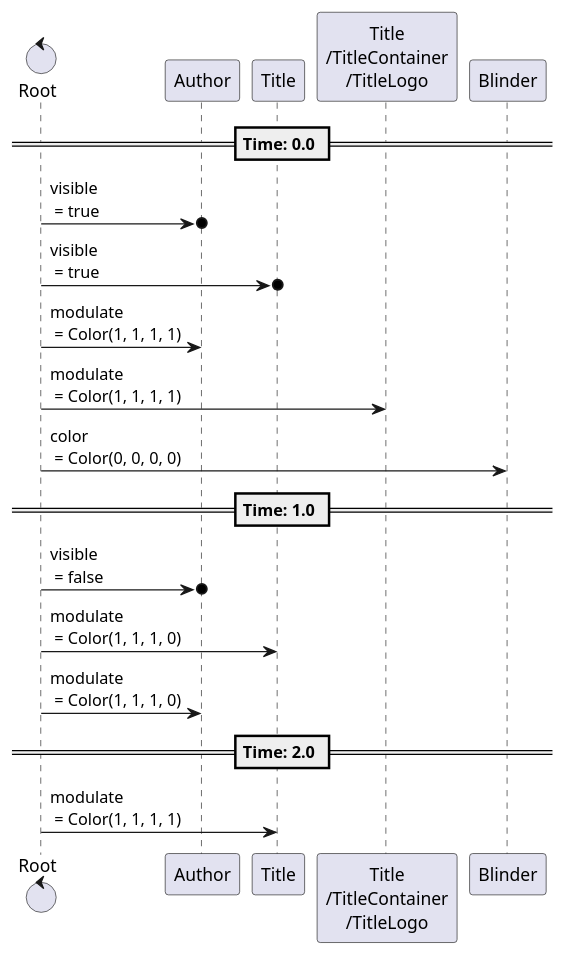
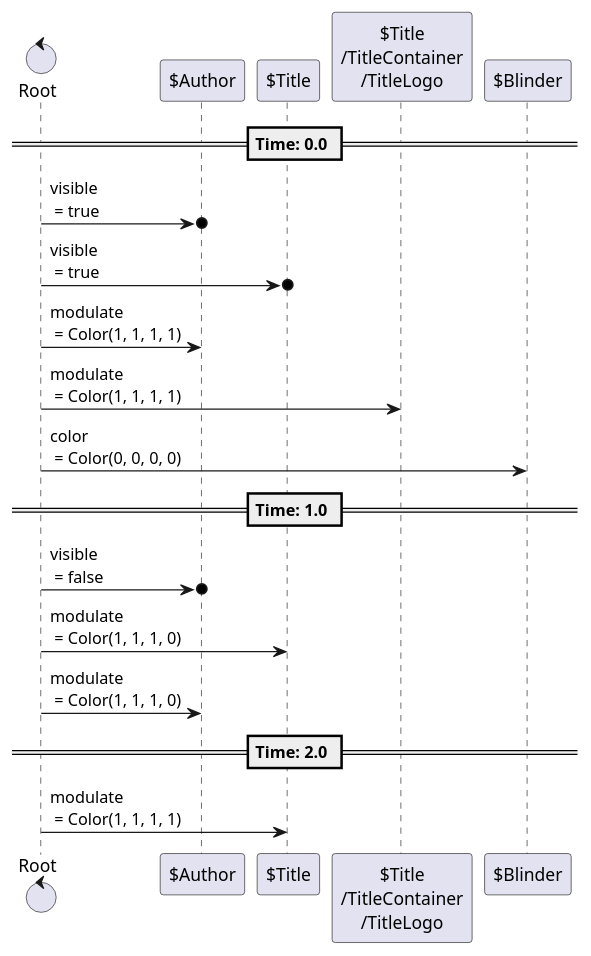
Before and after one commit to tkmfujise/Platformer-Game-Learning: the fifth of 5 diagrams in content/scenes/src/beginning/screen/screen.tscn.adoc, drawn with PlantUML. The commit also changed other lines of this file and 31 other files, not shown here.

Commit message:
Add prefix $ to node name in animation sequences

```diff
--- a/content/scenes/src/beginning/screen/screen.tscn.adoc
+++ b/content/scenes/src/beginning/screen/screen.tscn.adoc
@@ -209,25 +209,25 @@
 [plantuml]
 ....
-control "Root" as Root
-participant "Author" as T0
-participant "Title" as T1
-participant "Title\n/TitleContainer\n/TitleLogo" as T4
-participant "Blinder" as T5
+control "Root" as R
+participant "$Author" as T0
+participant "$Title" as T1
+participant "$Title\n/TitleContainer\n/TitleLogo" as T4
+participant "$Blinder" as T5
 
 
 
 == Time: 0.0 ==
-Root  ->o  T0 : visible\n = true
-Root  ->o  T1 : visible\n = true
-Root  ->  T0 : modulate\n = Color(1, 1, 1, 1)
-Root  ->  T4 : modulate\n = Color(1, 1, 1, 1)
-Root  ->  T5 : color\n = Color(0, 0, 0, 0)
+R  ->o  T0 : visible\n = true
+R  ->o  T1 : visible\n = true
+R  ->  T0 : modulate\n = Color(1, 1, 1, 1)
+R  ->  T4 : modulate\n = Color(1, 1, 1, 1)
+R  ->  T5 : color\n = Color(0, 0, 0, 0)
 == Time: 1.0 ==
-Root  ->o  T0 : visible\n = false
-Root  ->  T1 : modulate\n = Color(1, 1, 1, 0)
-Root  ->  T0 : modulate\n = Color(1, 1, 1, 0)
+R  ->o  T0 : visible\n = false
+R  ->  T1 : modulate\n = Color(1, 1, 1, 0)
+R  ->  T0 : modulate\n = Color(1, 1, 1, 0)
 == Time: 2.0 ==
-Root  ->  T1 : modulate\n = Color(1, 1, 1, 1)
+R  ->  T1 : modulate\n = Color(1, 1, 1, 1)
 
 
 ....
```
